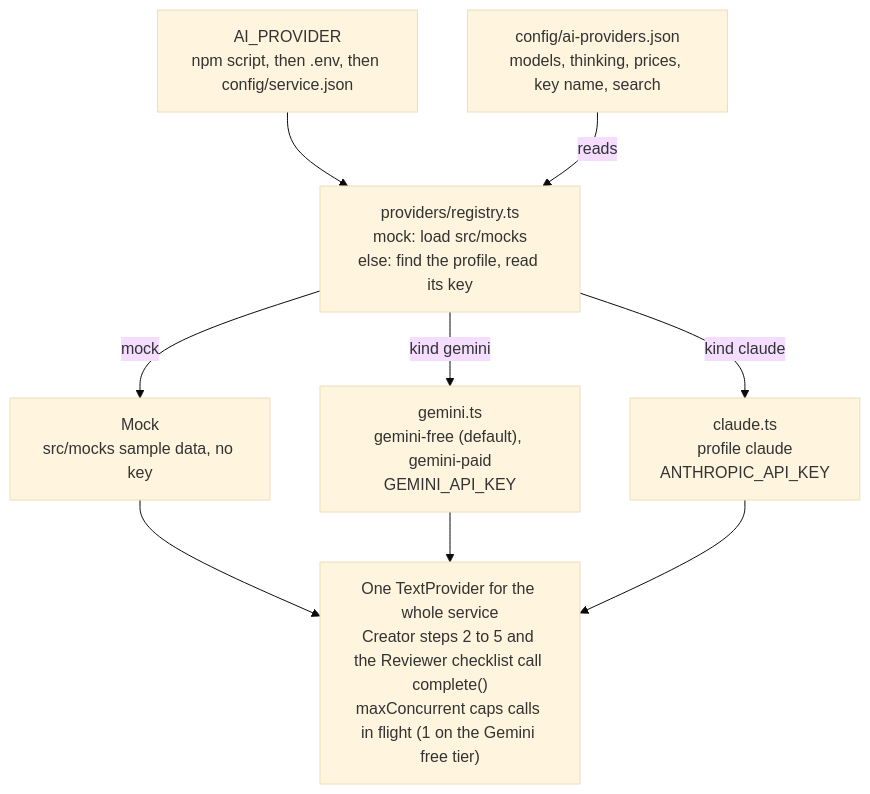
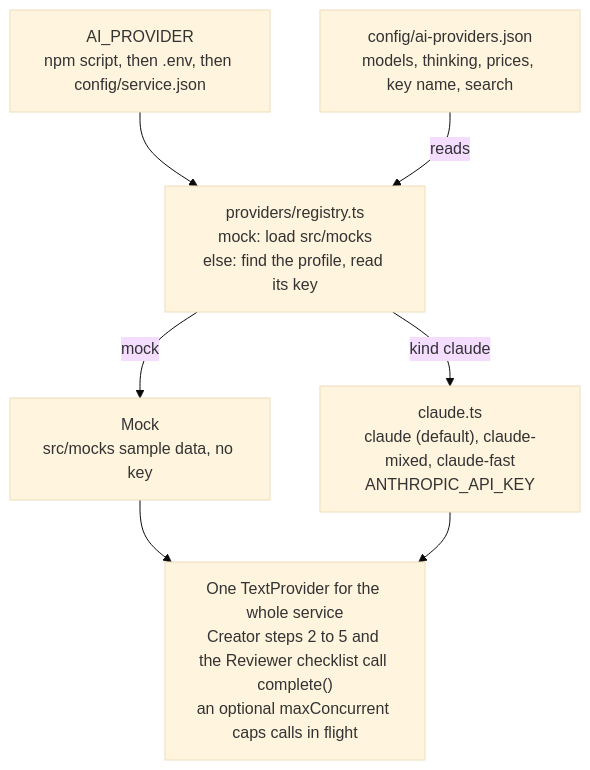
Before and after one commit to Sphere/sunbird-cb-orgportal: the second of 2 diagrams in project/ws/app/src/lib/routes/docs/frac-studio/FRAC_STUDIO_GUIDE.md, drawn with Mermaid (base theme). The commit also changed other lines of this file and 44 other files, not shown here.

````diff
--- a/project/ws/app/src/lib/routes/docs/frac-studio/FRAC_STUDIO_GUIDE.md
+++ b/project/ws/app/src/lib/routes/docs/frac-studio/FRAC_STUDIO_GUIDE.md
@@ -267,11 +324,9 @@
 ```mermaid
 flowchart TD
   P["AI_PROVIDER<br/>npm script, then .env, then config/service.json"] --> R["providers/registry.ts<br/>mock: load src/mocks<br/>else: find the profile, read its key"]
   J["config/ai-providers.json<br/>models, thinking, prices, key name, search"] -- reads --> R
   R -- mock --> M["Mock<br/>src/mocks sample data, no key"]
-  R -- kind gemini --> G["gemini.ts<br/>gemini-free (default), gemini-paid<br/>GEMINI_API_KEY"]
-  R -- kind claude --> C["claude.ts<br/>profile claude<br/>ANTHROPIC_API_KEY"]
-  M --> T["One TextProvider for the whole service<br/>Creator steps 2 to 5 and the Reviewer checklist call complete()<br/>maxConcurrent caps calls in flight (1 on the Gemini free tier)"]
-  G --> T
+  R -- kind claude --> C["claude.ts<br/>claude (default), claude-mixed, claude-fast<br/>ANTHROPIC_API_KEY"]
+  M --> T["One TextProvider for the whole service<br/>Creator steps 2 to 5 and the Reviewer checklist call complete()<br/>an optional maxConcurrent caps calls in flight"]
   C --> T
 ```
````
